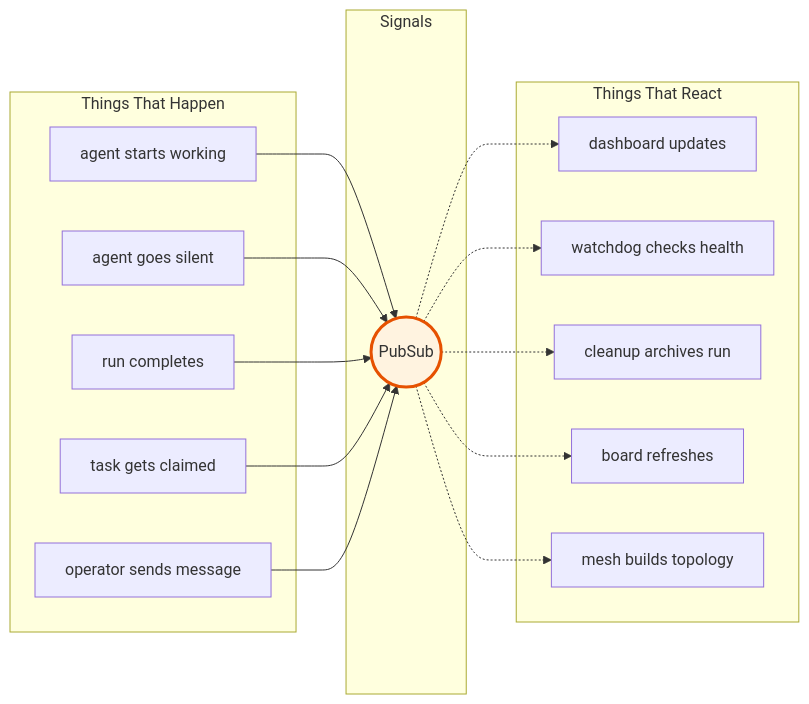
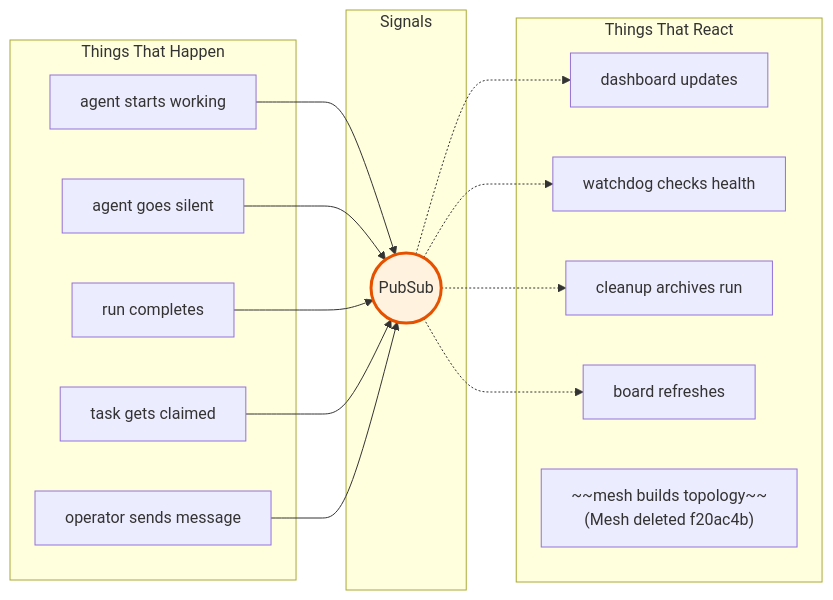
The first of 21 diagrams in docs/diagrams/architecture.md (architects-of-type-IV/agent-observatory), drawn with Mermaid before and after one commit. The commit also changed other lines of this file and 20 other files, not shown here.

First line of the commit message:
docs(architecture): update docs for ADR-026 GenStage pipeline, deleted subsystems, and supervision tree changes

````diff
--- a/docs/diagrams/architecture.md
+++ b/docs/diagrams/architecture.md
@@ -11,36 +11,35 @@
 ```mermaid
 graph LR
     subgraph "Things That Happen"
         A[agent starts working]
         B[agent goes silent]
         C[run completes]
         D[task gets claimed]
         E[operator sends message]
     end
 
     subgraph "Signals"
         S((PubSub))
     end
 
     subgraph "Things That React"
         F[dashboard updates]
         G[watchdog checks health]
         H[cleanup archives run]
         I[board refreshes]
-        J[mesh builds topology]
+        J["~~mesh builds topology~~\n(Mesh deleted f20ac4b)"]
     end
 
     A --> S
     B --> S
     C --> S
     D --> S
     E --> S
 
     S -.-> F
     S -.-> G
     S -.-> H
     S -.-> I
-    S -.-> J
 
     style S fill:#fff3e0,stroke:#e65100,stroke-width:3px
 ```
````
